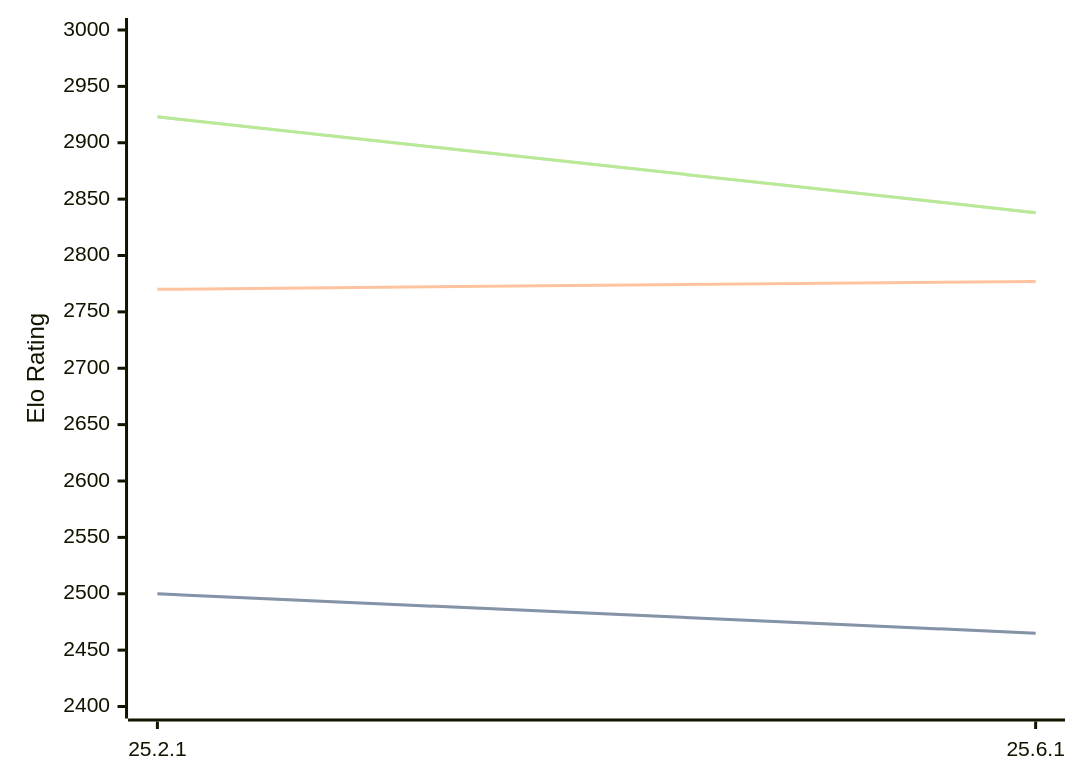
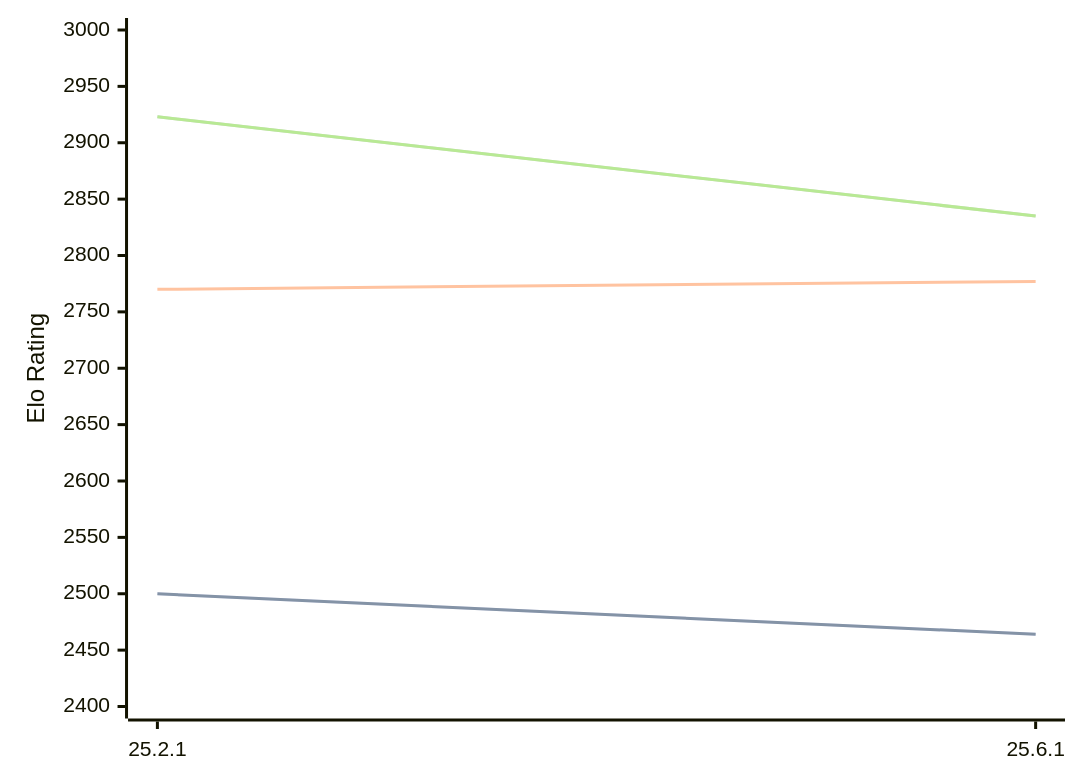
One commit to computer-chess-index/cci changed the diagram in engines/Crafty.md. Above: the diagram before and after it, drawn with Mermaid. The commit also changed other lines of this file, not shown here.

Commit message:
Update CCI Ratings (ELO VLTC) - 2026-08-10

````diff
--- a/engines/Crafty.md
+++ b/engines/Crafty.md
@@ -32,11 +32,11 @@
 ```mermaid
 %%{init: {"theme":"base","themeVariables":{"seriesColors:['#a3a3a3','#222221','#faa371']}}}%%
 xychart-beta
   x-axis ["25.2.1", "25.6.1"]
   y-axis "Elo Rating" 2400 --> 3000
-  line "STC (8.0+0.08s)" [2500, 2465]
-  line "STC (8.0+0.08s)" [2500, 2465]
+  line "STC (8.0+0.08s)" [2500, 2464]
+  line "STC (8.0+0.08s)" [2500, 2464]
   line "LTC (60.0+0.60s)" [2770, 2777]
-  line "VLTC (2m24s+1.12s)" [2923, 2838]
-  line "VLTC (2m24s+1.12s)" [2923, 2838]
+  line "VLTC (2m24s+1.12s)" [2923, 2835]
+  line "VLTC (2m24s+1.12s)" [2923, 2835]
 ```
````
